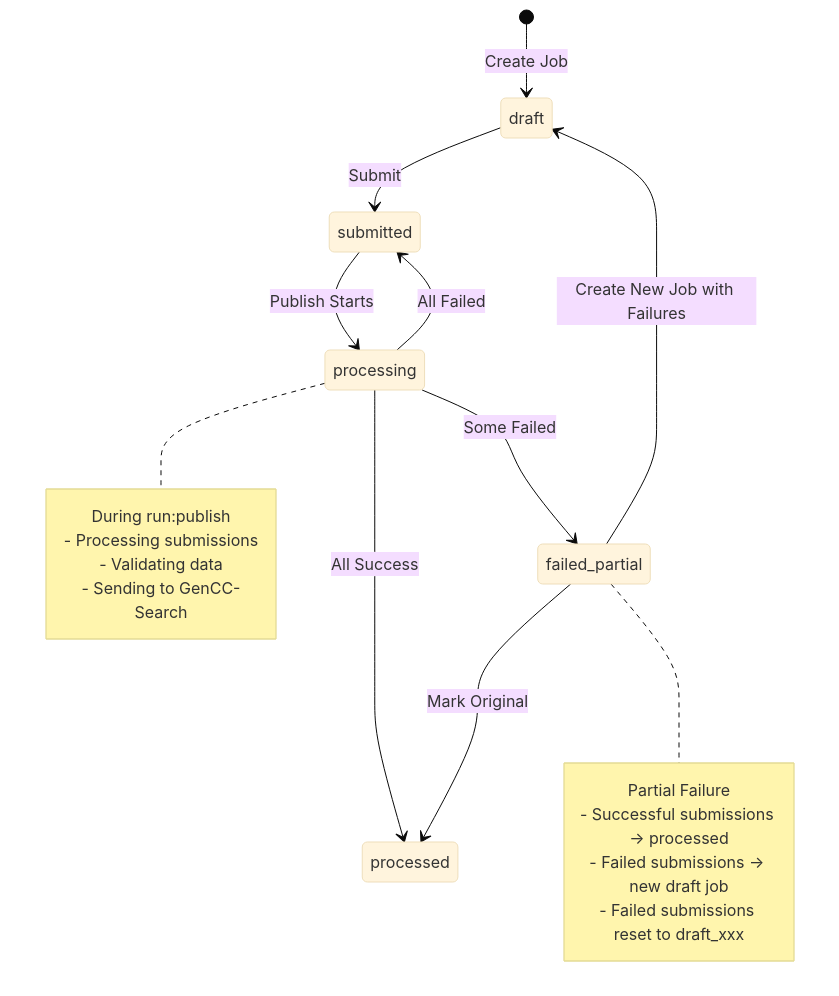
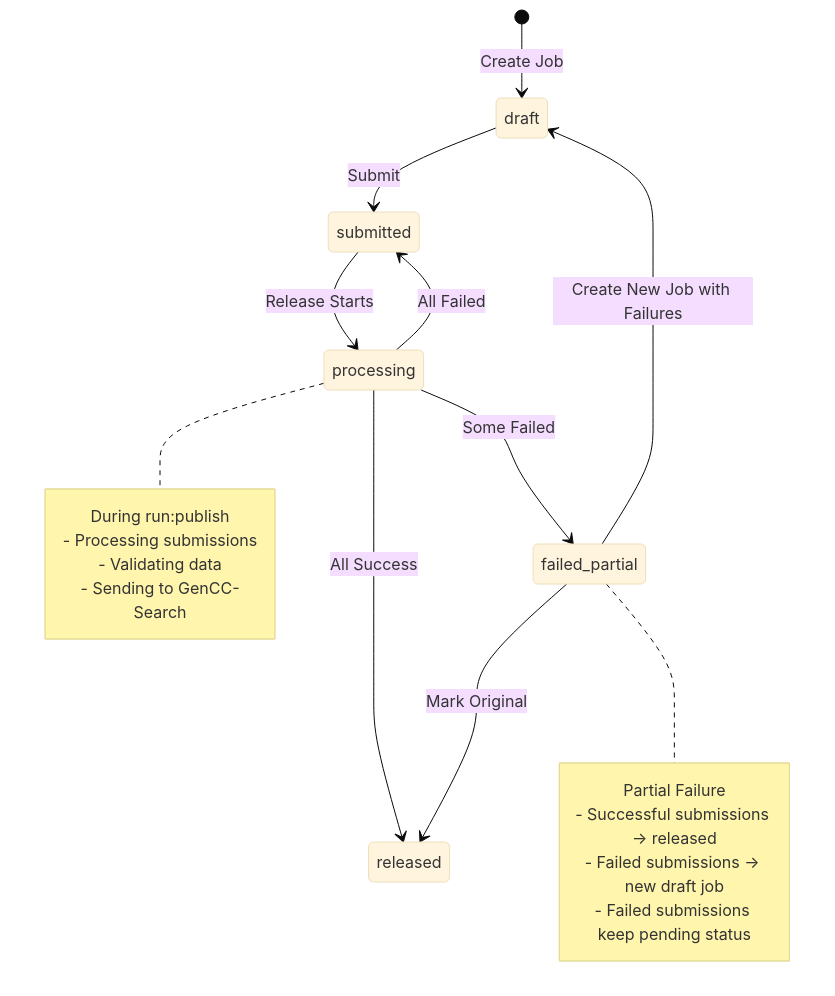
Before and after one commit to GeneCurationCoalition/gencc-sub: the seventh of 11 diagrams in docs/STATE_MODEL_DIAGRAMS.md, drawn with Mermaid (base theme). The commit also changed other lines of this file and 11 other files, not shown here.

````diff
--- a/docs/STATE_MODEL_DIAGRAMS.md
+++ b/docs/STATE_MODEL_DIAGRAMS.md
@@ -374,29 +345,29 @@
 ```mermaid
 stateDiagram-v2
     [*] --> draft: Create Job
 
     draft --> submitted: Submit
 
-    submitted --> processing: Publish Starts
+    submitted --> processing: Release Starts
 
-    processing --> processed: All Success
+    processing --> released: All Success
     processing --> failed_partial: Some Failed
     processing --> submitted: All Failed
 
-    failed_partial --> processed: Mark Original
+    failed_partial --> released: Mark Original
     failed_partial --> draft: Create New Job with Failures
 
     note right of processing
         During run:publish
         - Processing submissions
         - Validating data
         - Sending to GenCC-Search
     end note
 
     note right of failed_partial
         Partial Failure
-        - Successful submissions → processed
+        - Successful submissions → released
         - Failed submissions → new draft job
-        - Failed submissions reset to draft_xxx
+        - Failed submissions keep pending status
     end note
 ```
````
